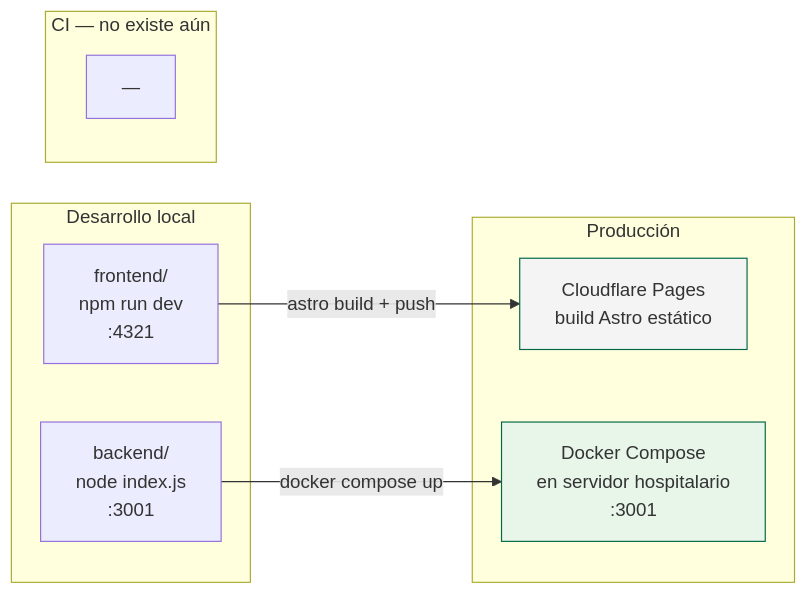
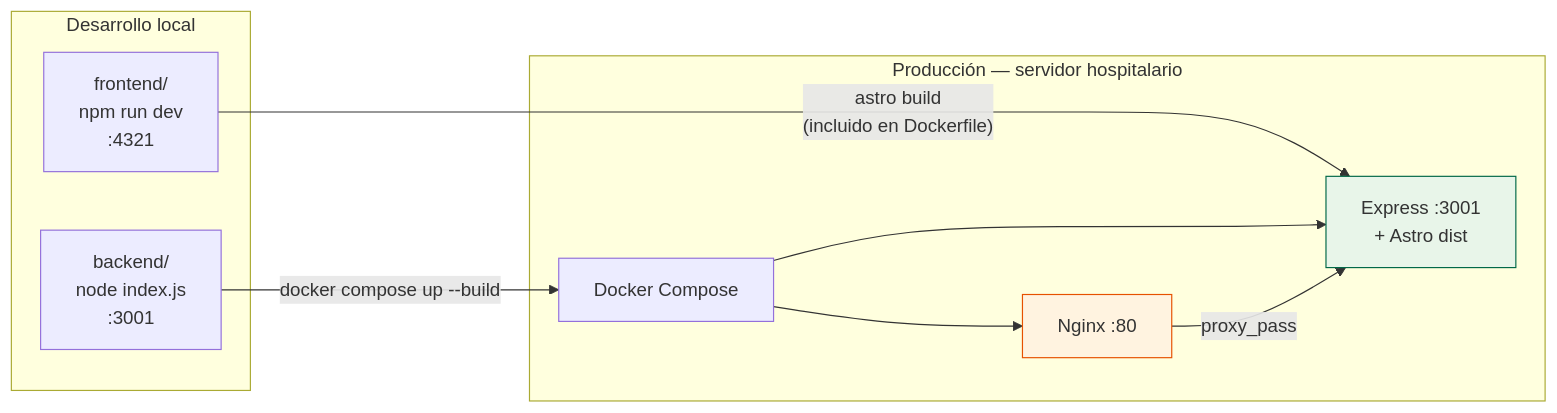
One commit to Nerfe5/portal-umae changed the sixth of 6 diagrams in MERMAID.md. Above: the diagram before and after it, drawn with Mermaid. The commit also changed other lines of this file and 10 other files, not shown here.

First line of the commit message:
feat(deploy): arquitectura local unificada, Nginx, Dockerfile multi-stage y docs actualizados

````diff
--- a/MERMAID.md
+++ b/MERMAID.md
@@ -148,22 +142,22 @@
 ```mermaid
 graph LR
     subgraph "Desarrollo local"
         Dev_FE["frontend/\nnpm run dev\n:4321"]
         Dev_BE["backend/\nnode index.js\n:3001"]
     end
 
-    subgraph "CI — no existe aún"
-        CI["—"]
+    subgraph "Producción — servidor hospitalario"
+        Docker["Docker Compose"]
+        Nginx_P["Nginx :80"]
+        Express_P["Express :3001\n+ Astro dist"]
     end
 
-    subgraph "Producción"
-        Prod_FE["Cloudflare Pages\nbuild Astro estático"]
-        Prod_BE["Docker Compose\nen servidor hospitalario\n:3001"]
-    end
+    Dev_FE -->|"astro build\n(incluido en Dockerfile)"| Express_P
+    Dev_BE -->|"docker compose up --build"| Docker
+    Docker --> Nginx_P
+    Docker --> Express_P
+    Nginx_P -->|"proxy_pass"| Express_P
 
-    Dev_FE -->|"astro build + push"| Prod_FE
-    Dev_BE -->|"docker compose up"| Prod_BE
-
-    style Prod_FE fill:#f4f4f4,stroke:#006847
-    style Prod_BE fill:#e8f5e9,stroke:#006847
+    style Express_P fill:#e8f5e9,stroke:#006847
+    style Nginx_P fill:#fff3e0,stroke:#e65100
 ```
````
